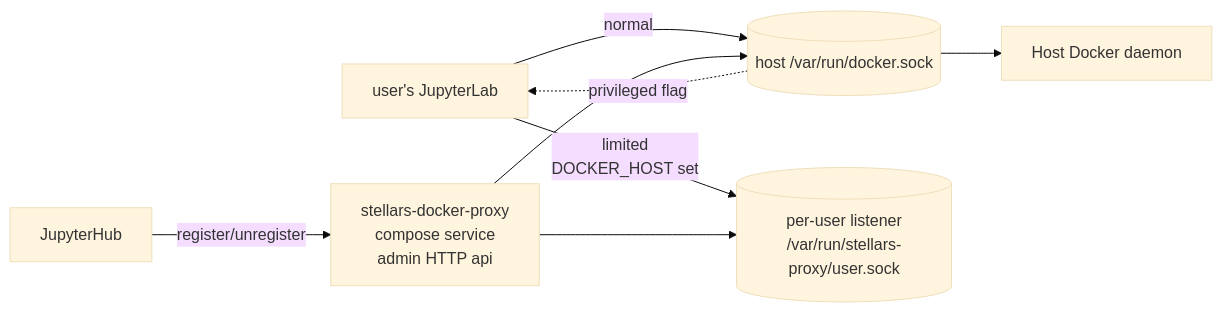
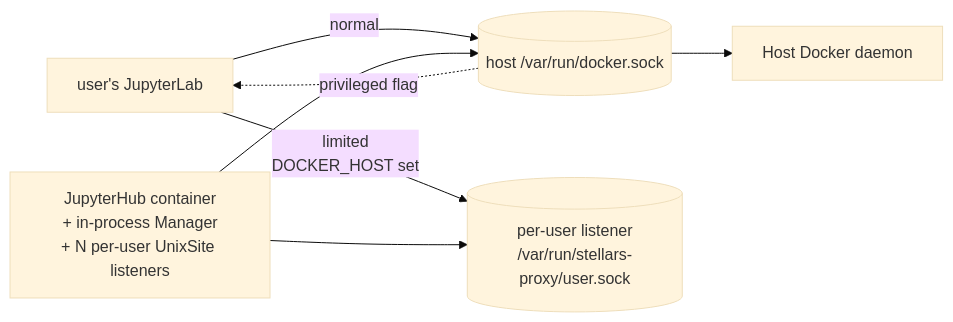
The diagram in docs/jupyterhub-working-with-docker.md (stellarshenson/stellars-jupyterhub-ds), drawn with Mermaid (base theme) before and after one commit. The commit also changed other lines of this file and 11 other files, not shown here.

````diff
--- a/docs/jupyterhub-working-with-docker.md
+++ b/docs/jupyterhub-working-with-docker.md
@@ -41,16 +41,14 @@
 ```mermaid
 flowchart LR
     USER[user's JupyterLab]
     SOCK_RAW[(host /var/run/docker.sock)]
     SOCK_PROXY[(per-user listener<br/>/var/run/stellars-proxy/user.sock)]
-    PROXY[stellars-docker-proxy<br/>compose service<br/>admin HTTP api]
-    HUB[JupyterHub]
+    HUB[JupyterHub container<br/>+ in-process Manager<br/>+ N per-user UnixSite listeners]
     DAEMON[Host Docker daemon]
 
-    HUB -->|register/unregister| PROXY
     USER -->|normal| SOCK_RAW --> DAEMON
     USER -->|limited<br/>DOCKER_HOST set| SOCK_PROXY
-    PROXY --> SOCK_PROXY
-    PROXY --> SOCK_RAW
+    HUB --> SOCK_PROXY
+    HUB --> SOCK_RAW
     SOCK_RAW -.privileged flag.-> USER
 ```
````
